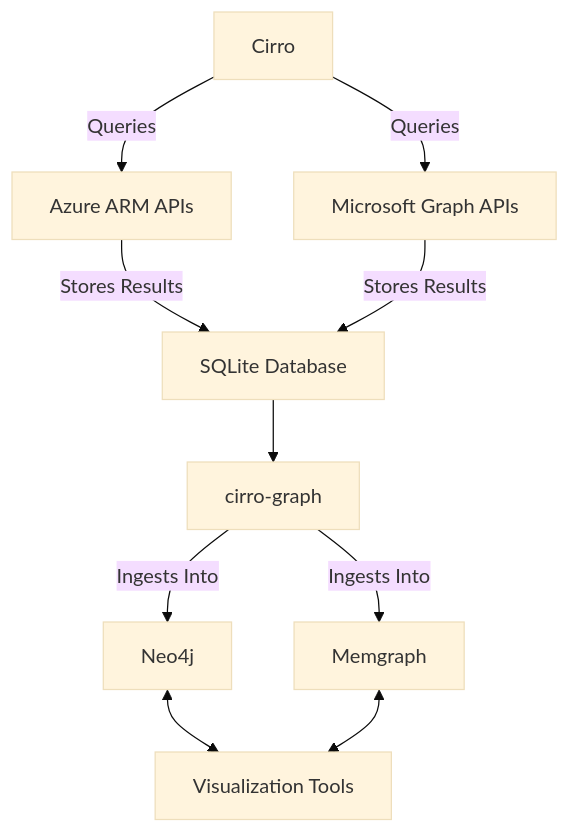
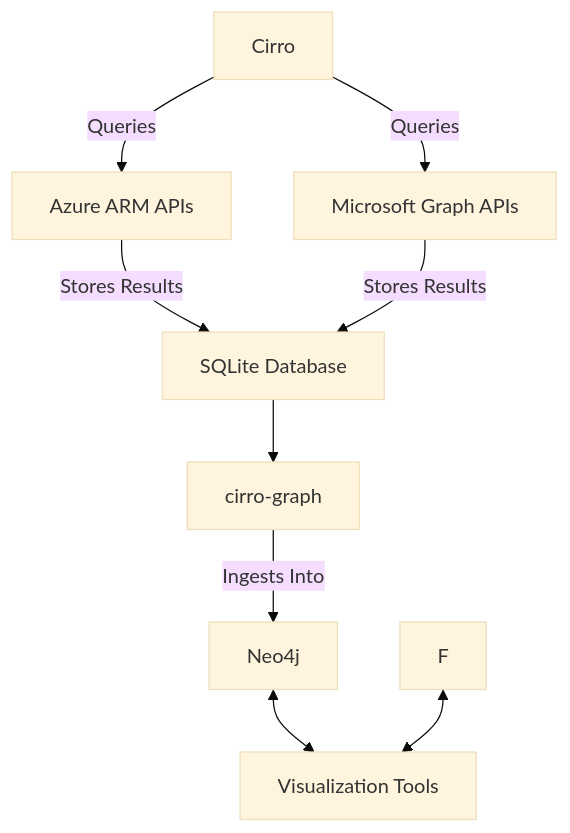
One commit to BishopFox/cirro changed the diagram in docs/architecture.md. Above: the diagram before and after it, drawn with Mermaid (base theme). The commit also changed other lines of this file and 155 other files, not shown here.

````diff
--- a/docs/architecture.md
+++ b/docs/architecture.md
@@ -3,16 +3,16 @@
 ```mermaid
 graph TB
     A[Cirro] -->|Queries| B[Azure ARM APIs]
     A -->|Queries| C[Microsoft Graph APIs]
     B -->|Stores Results| D[SQLite Database]
     C -->|Stores Results| D[SQLite Database]
     D -->  H[cirro-graph]
 
     H -->|Ingests Into| E[Neo4j]
-    H -->|Ingests Into| F[Memgraph]
+
     
 
     E <--> G[Visualization Tools]
     F <--> G
 
 ```
````
